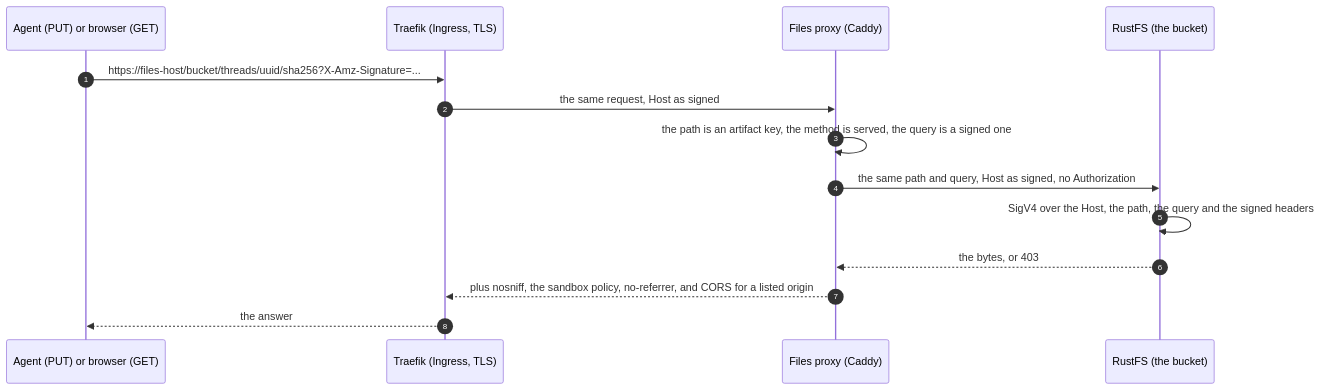
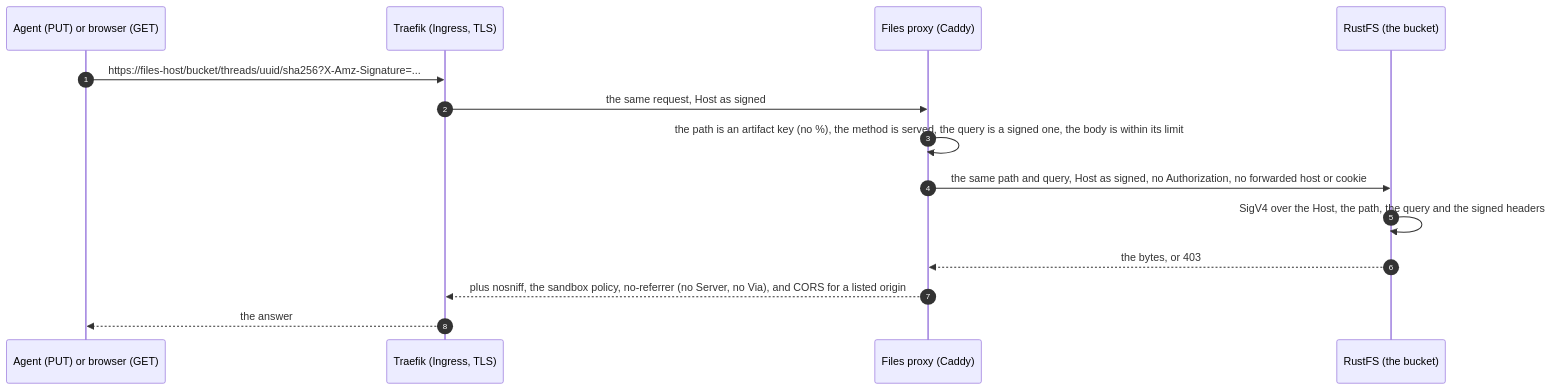
Diagram 14 of 15 in deploy/chart/README.md (vymalo/another-agentic-system), drawn with Mermaid before and after one commit. The commit also changed other lines of this file and 2 other files, not shown here.

First line of the commit message:
docs: ADR 0058 step 6c and the chart README say what the files host proxy does, as run

````diff
--- a/deploy/chart/README.md
+++ b/deploy/chart/README.md
@@ -758,16 +758,16 @@
 ```mermaid
 sequenceDiagram
   autonumber
   participant A as Agent (PUT) or browser (GET)
   participant T as Traefik (Ingress, TLS)
   participant F as Files proxy (Caddy)
   participant S as RustFS (the bucket)
   A->>T: https://files-host/bucket/threads/uuid/sha256?X-Amz-Signature=...
   T->>F: the same request, Host as signed
-  F->>F: the path is an artifact key, the method is served, the query is a signed one
-  F->>S: the same path and query, Host as signed, no Authorization
+  F->>F: the path is an artifact key (no %), the method is served, the query is a signed one, the body is within its limit
+  F->>S: the same path and query, Host as signed, no Authorization, no forwarded host or cookie
   S->>S: SigV4 over the Host, the path, the query and the signed headers
   S-->>F: the bytes, or 403
-  F-->>T: plus nosniff, the sandbox policy, no-referrer, and CORS for a listed origin
+  F-->>T: plus nosniff, the sandbox policy, no-referrer (no Server, no Via), and CORS for a listed origin
   T-->>A: the answer
 ```
````
